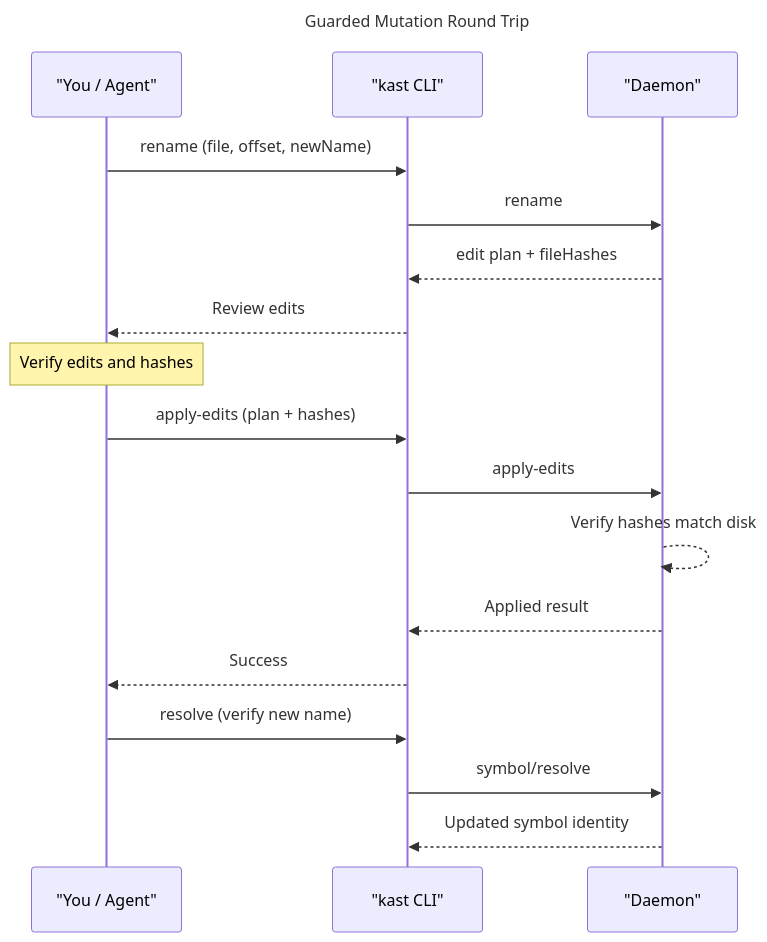
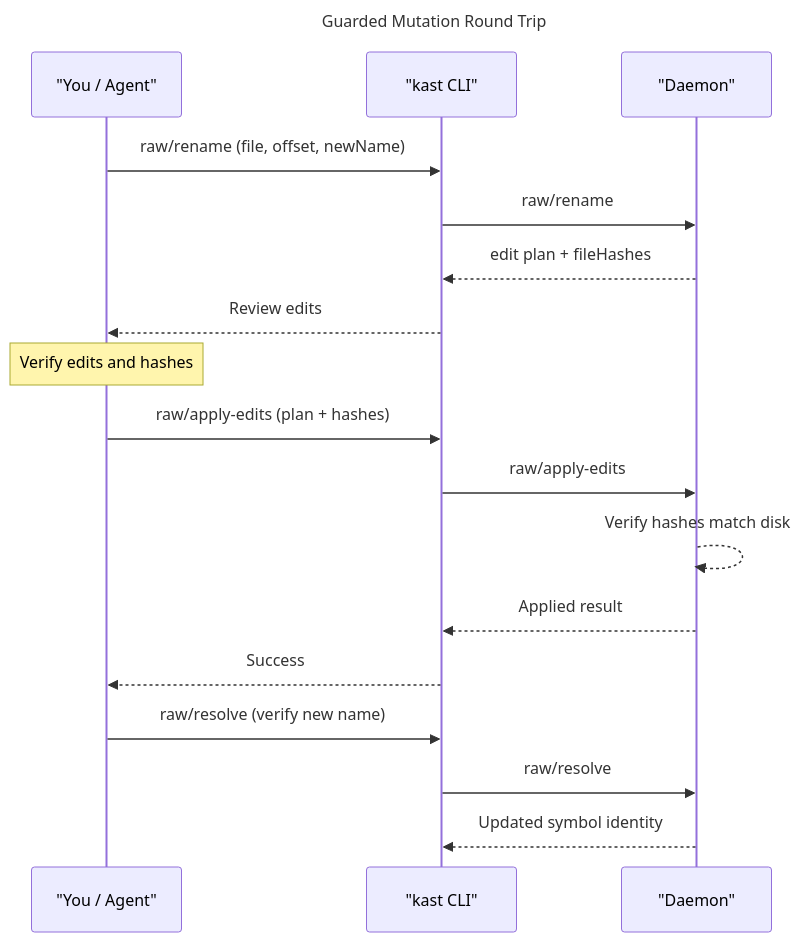
The diagram in docs/what-can-kast-do/refactor-safely.md (amichne/kast), drawn with Mermaid before and after one commit. The commit also changed other lines of this file and 32 other files, not shown here.

````diff
--- a/docs/what-can-kast-do/refactor-safely.md
+++ b/docs/what-can-kast-do/refactor-safely.md
@@ -21,21 +21,21 @@
 ```mermaid
 sequenceDiagram
     title Guarded Mutation Round Trip
     participant U as "You / Agent"
     participant CLI as "kast CLI"
     participant D as "Daemon"
-    U ->> CLI: rename (file, offset, newName)
-    CLI ->> D: rename
+    U ->> CLI: raw/rename (file, offset, newName)
+    CLI ->> D: raw/rename
     D -->> CLI: edit plan + fileHashes
     CLI -->> U: Review edits
     Note over U: Verify edits and hashes
-    U ->> CLI: apply-edits (plan + hashes)
-    CLI ->> D: apply-edits
+    U ->> CLI: raw/apply-edits (plan + hashes)
+    CLI ->> D: raw/apply-edits
     D -->> D: Verify hashes match disk
     D -->> CLI: Applied result
     CLI -->> U: Success
-    U ->> CLI: resolve (verify new name)
-    CLI ->> D: symbol/resolve
+    U ->> CLI: raw/resolve (verify new name)
+    CLI ->> D: raw/resolve
     D -->> CLI: Updated symbol identity
 
 ```
````
